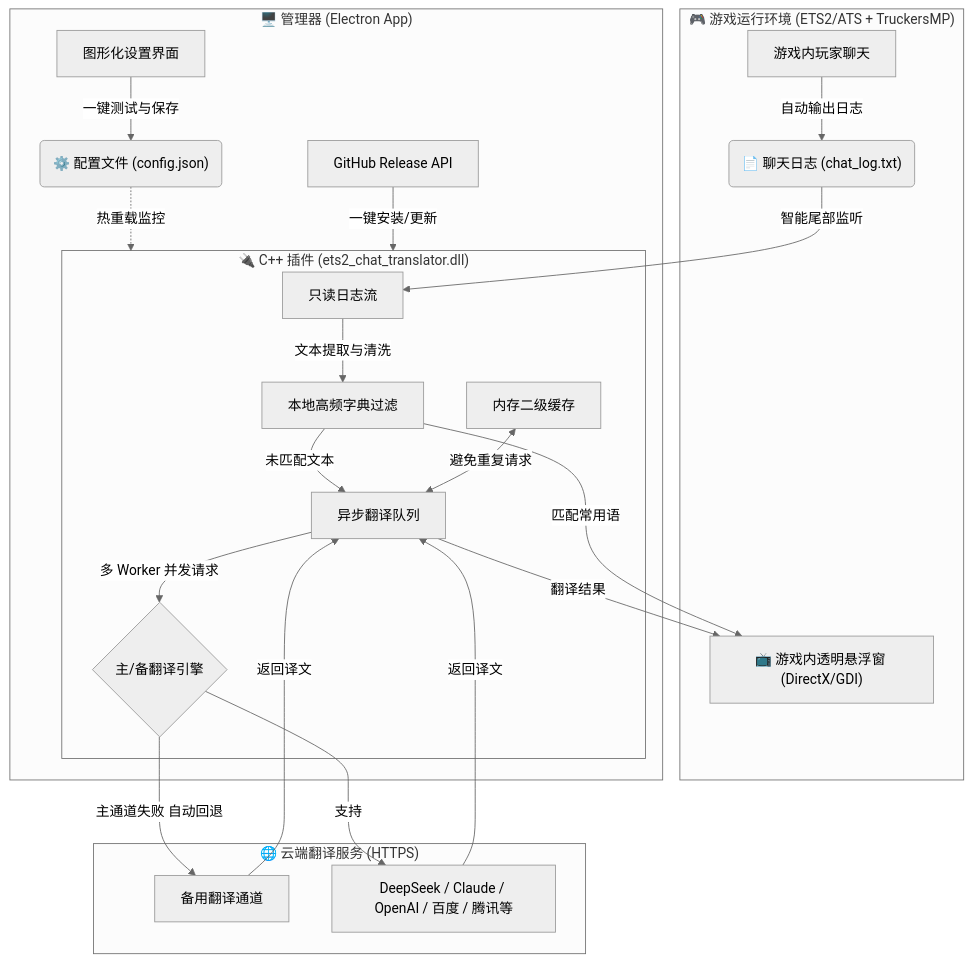
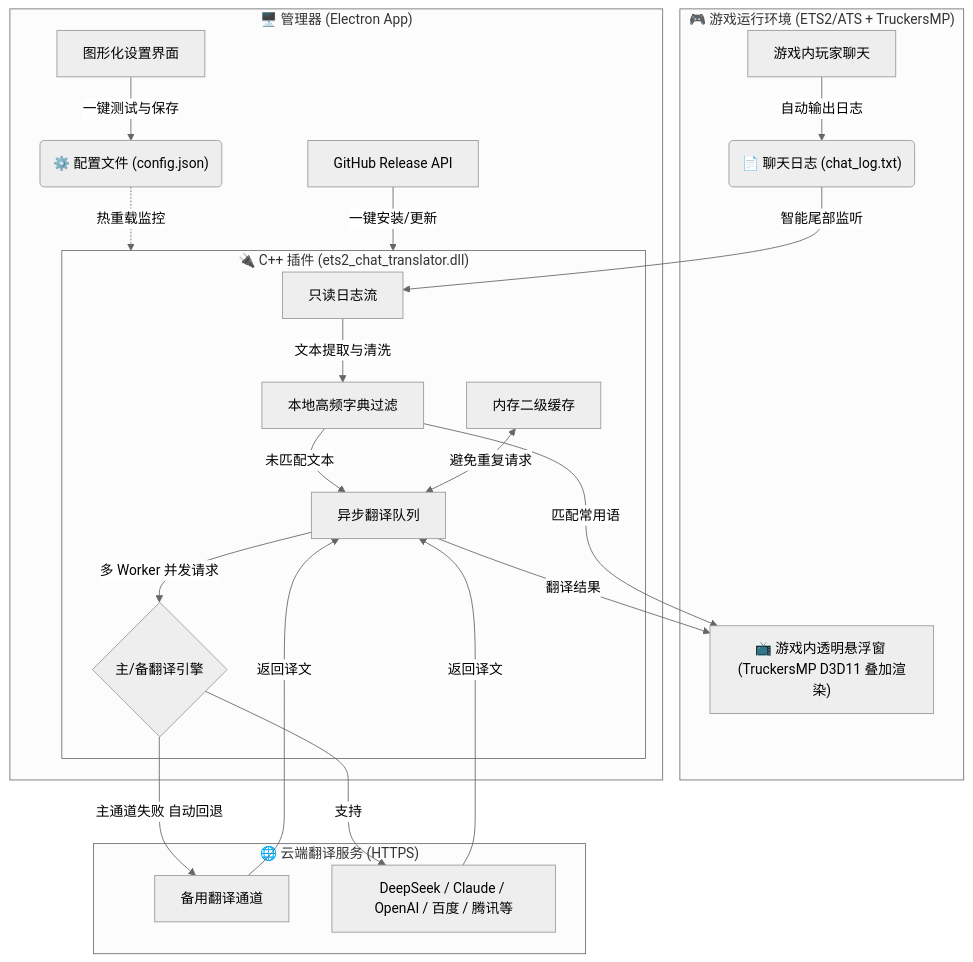
One commit to BGYdook/ets2-chat-translator changed the diagram in README.md. Above: the diagram before and after it, drawn with Mermaid (neutral theme). The commit also changed other lines of this file and 24 other files, not shown here.

````diff
--- a/README.md
+++ b/README.md
@@ -41,31 +41,31 @@
 ```mermaid
 graph TD
     subgraph Game ["🎮 游戏运行环境 (ETS2/ATS + TruckersMP)"]
         A[游戏内玩家聊天] -->|自动输出日志| B("📄 聊天日志 (chat_log.txt)")
-        F["📺 游戏内透明悬浮窗 (DirectX/GDI)"]
+        F["📺 游戏内透明悬浮窗 (TruckersMP D3D11 叠加渲染)"]
     end
 
     subgraph Plugin ["🔌 C++ 插件 (ets2_chat_translator.dll)"]
         B -->|智能尾部监听| C[只读日志流]
         C -->|文本提取与清洗| D[本地高频字典过滤]
         D -->|未匹配文本| E[异步翻译队列]
         E -->|多 Worker 并发请求| G{主/备翻译引擎}
         H[内存二级缓存] <-->|避免重复请求| E
     end
 
     subgraph API ["🌐 云端翻译服务 (HTTPS)"]
         G -->|主通道失败 自动回退| I[备用翻译通道]
         G -->|支持| J[DeepSeek / Claude / OpenAI / 百度 / 腾讯等]
     end
 
     subgraph Manager ["🖥️ 管理器 (Electron App)"]
         K[图形化设置界面] -->|一键测试与保存| L("⚙️ 配置文件 (config.json)")
         L -.->|热重载监控| Plugin
         M[GitHub Release API] -->|一键安装/更新| Plugin
     end
 
     I -->|返回译文| E
     J -->|返回译文| E
     E -->|翻译结果| F
     D -->|匹配常用语| F
 ```
````
